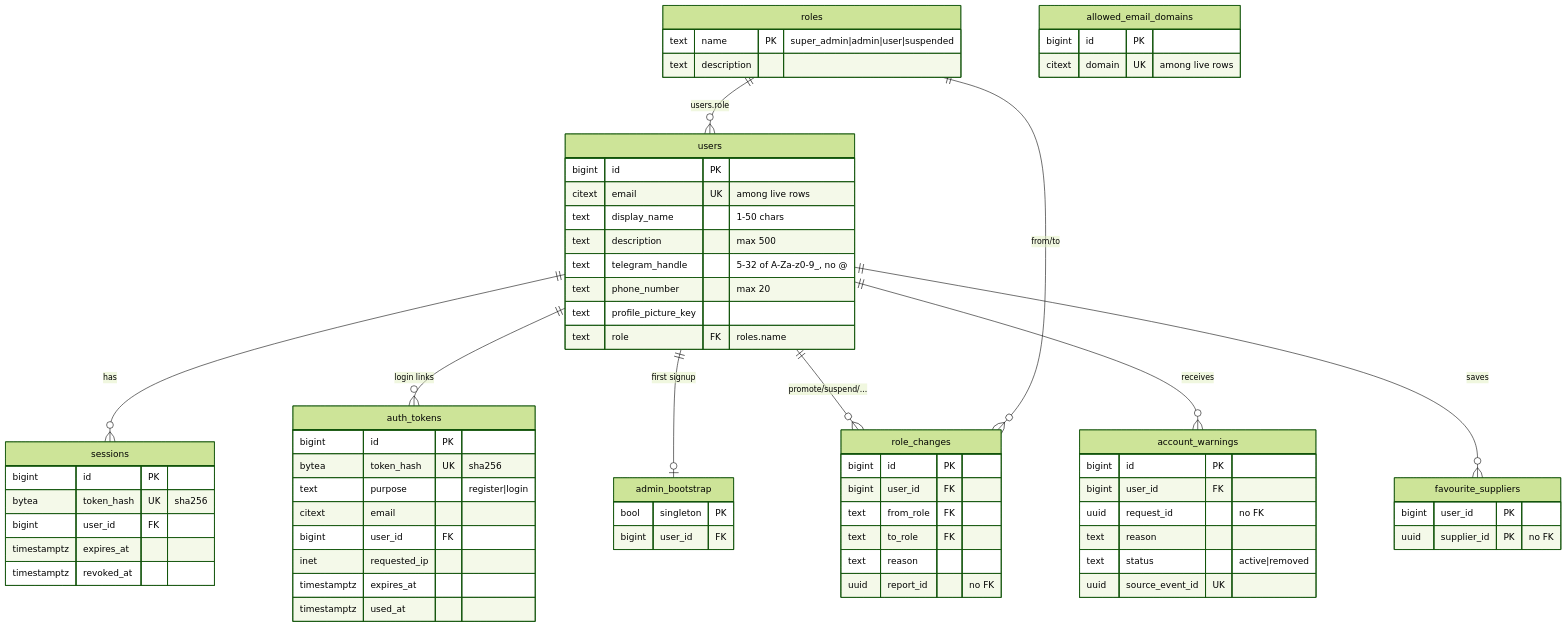
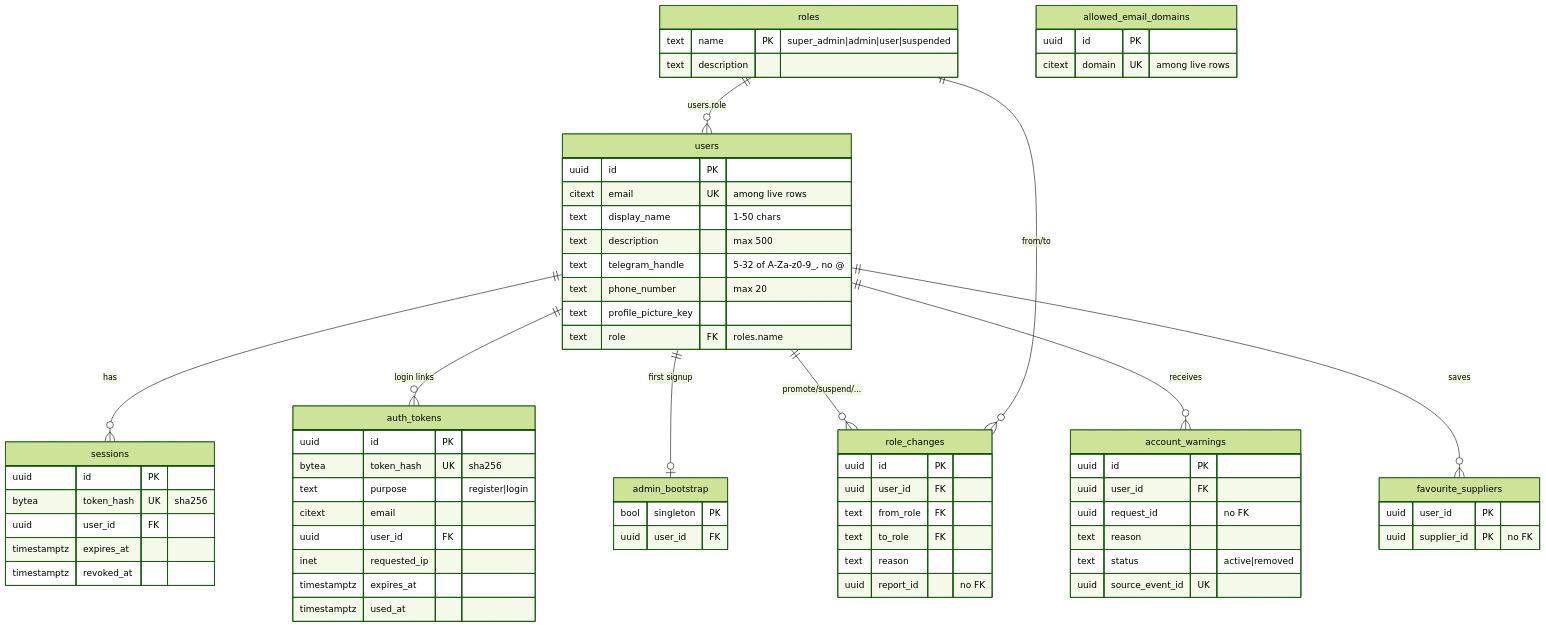
Before and after one commit to AY2627S1-CS3219-P1/FoC: the diagram in user-service/docs/schema.md, drawn with Mermaid (forest theme). The commit also changed other lines of this file and 21 other files, not shown here.

Commit message:
refactor(user): use UUID base model

````diff
--- a/user-service/docs/schema.md
+++ b/user-service/docs/schema.md
@@ -10,71 +10,71 @@
 ```mermaid
 erDiagram
     roles ||--o{ users : "users.role"
     users ||--o{ sessions : has
     users ||--o{ auth_tokens : "login links"
     users ||--o| admin_bootstrap : "first signup"
     users ||--o{ role_changes : "promote/suspend/..."
     roles ||--o{ role_changes : "from/to"
     users ||--o{ account_warnings : receives
     users ||--o{ favourite_suppliers : saves
 
     users {
-        bigint id PK
+        uuid id PK
         citext email UK "among live rows"
         text display_name "1-50 chars"
         text description "max 500"
         text telegram_handle "5-32 of A-Za-z0-9_, no @"
         text phone_number "max 20"
         text profile_picture_key
         text role FK "roles.name"
     }
     roles {
         text name PK "super_admin|admin|user|suspended"
         text description
     }
     admin_bootstrap {
         bool singleton PK
-        bigint user_id FK
+        uuid user_id FK
     }
     allowed_email_domains {
-        bigint id PK
+        uuid id PK
         citext domain UK "among live rows"
     }
     auth_tokens {
-        bigint id PK
+        uuid id PK
         bytea token_hash UK "sha256"
         text purpose "register|login"
         citext email
-        bigint user_id FK
+        uuid user_id FK
         inet requested_ip
         timestamptz expires_at
         timestamptz used_at
     }
     sessions {
-        bigint id PK
+        uuid id PK
         bytea token_hash UK "sha256"
-        bigint user_id FK
+        uuid user_id FK
         timestamptz expires_at
         timestamptz revoked_at
     }
     role_changes {
-        bigint id PK
-        bigint user_id FK
+        uuid id PK
+        uuid user_id FK
         text from_role FK
         text to_role FK
         text reason
         uuid report_id "no FK"
     }
     account_warnings {
-        bigint id PK
-        bigint user_id FK
+        uuid id PK
+        uuid user_id FK
         uuid request_id "no FK"
         text reason
         text status "active|removed"
         uuid source_event_id UK
     }
     favourite_suppliers {
-        bigint user_id PK
+        uuid user_id PK
         uuid supplier_id PK "no FK"
     }
 ```
````
